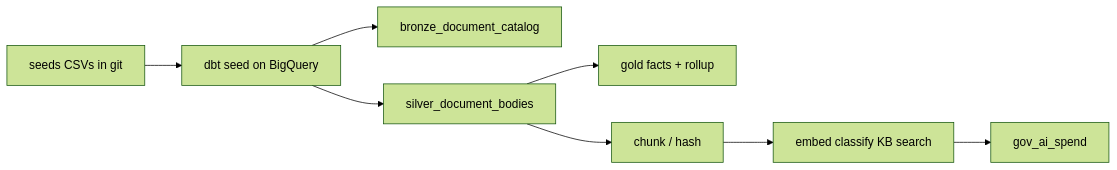
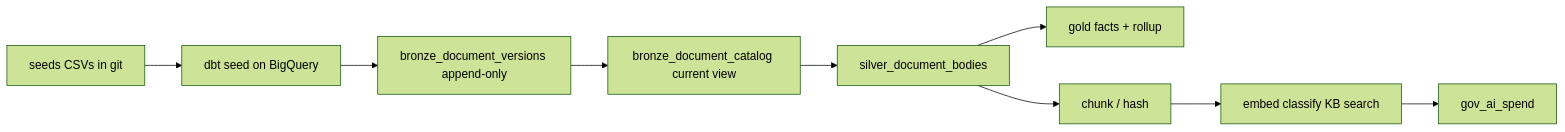
The diagram in docs/dbt-cloud-bigquery.md (weslleylc/folio), drawn with Mermaid (forest theme) before and after one commit. The commit also changed other lines of this file and 6 other files, not shown here.

Commit message:
Dashboard + docs: Bronze versions, duplicate gate, hybrid period extraction, rows-billed chart

````diff
--- a/docs/dbt-cloud-bigquery.md
+++ b/docs/dbt-cloud-bigquery.md
@@ -7,10 +7,11 @@
 ```mermaid
 flowchart LR
   seeds[seeds CSVs in git] --> bqSeed[dbt seed on BigQuery]
-  bqSeed --> bronze[bronze_document_catalog]
-  bqSeed --> silver[silver_document_bodies]
+  bqSeed --> bronze[bronze_document_versions append-only]
+  bronze --> cat[bronze_document_catalog current view]
+  cat --> silver[silver_document_bodies]
   silver --> gold[gold facts + rollup]
   silver --> ctx[chunk / hash]
   ctx --> ai[embed classify KB search]
   ai --> gov[gov_ai_spend]
 ```
````
